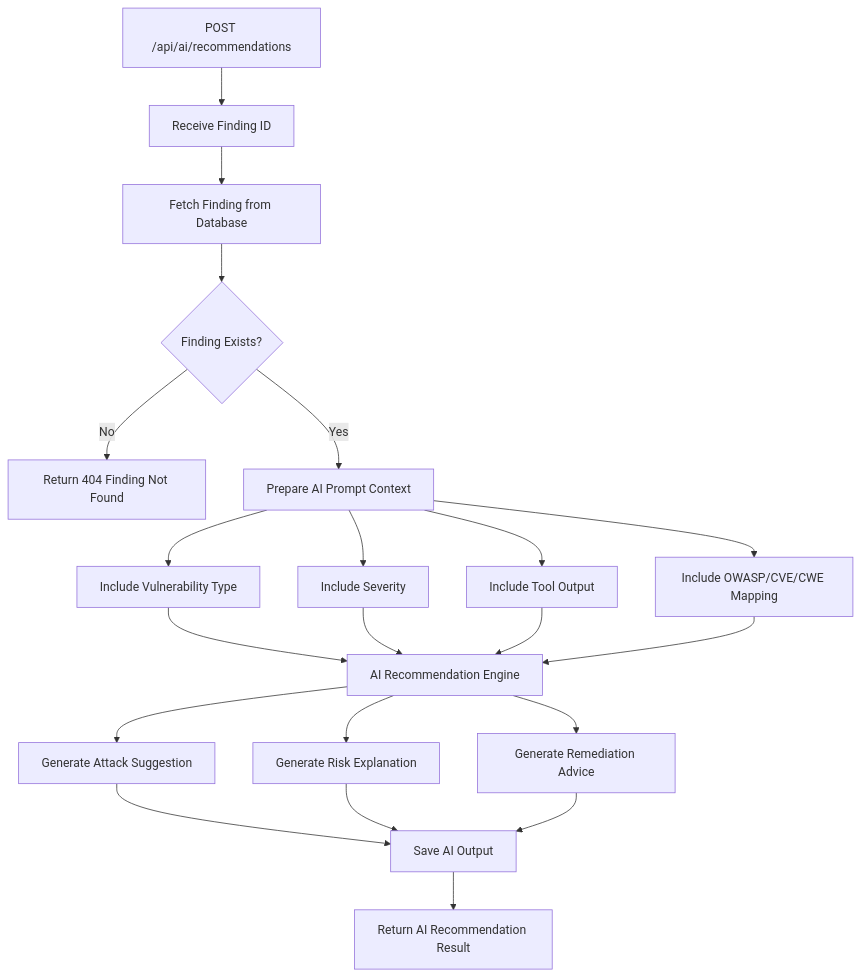
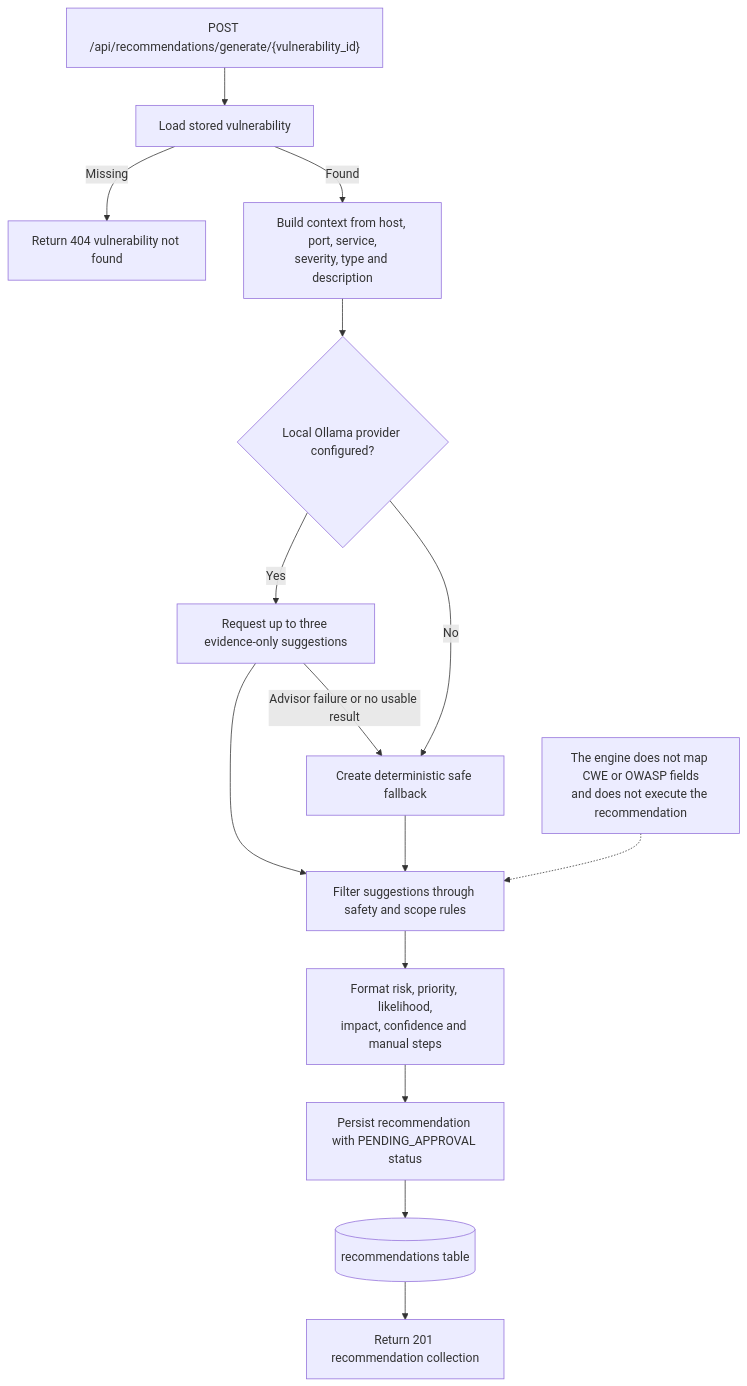
One commit to ChiragMenariyaCJ/AI-Powered-Penetration-Testing-Assist-System changed the diagram in System Architecture Flow Charts/03_API_Flows/AI_Recommendation_API.mmd. Above: the diagram before and after it, drawn with Mermaid. The commit also changed 18 other files, not shown here.

Commit message:
Refactor mermaid code structure for improved readability and maintainability

```diff
--- a/System Architecture Flow Charts/03_API_Flows/AI_Recommendation_API.mmd
+++ b/System Architecture Flow Charts/03_API_Flows/AI_Recommendation_API.mmd
@@ -1,29 +1,19 @@
 flowchart TD
-    A[POST /api/ai/recommendations] --> B[Receive Finding ID]
+    A["POST /api/recommendations/generate/{vulnerability_id}"] --> B[Load stored vulnerability]
+    B -->|Missing| C[Return 404 vulnerability not found]
+    B -->|Found| D[Build context from host, port, service,<br/>severity, type and description]
 
-    B --> C[Fetch Finding from Database]
+    D --> E{Local Ollama provider configured?}
+    E -->|Yes| F[Request up to three evidence-only suggestions]
+    F -->|Advisor failure or no usable result| G[Create deterministic safe fallback]
+    E -->|No| G
 
-    C --> D{Finding Exists?}
+    F --> H[Filter suggestions through safety and scope rules]
+    G --> H
+    H --> I[Format risk, priority, likelihood,<br/>impact, confidence and manual steps]
+    I --> J[Persist recommendation with PENDING_APPROVAL status]
+    J --> K[(recommendations table)]
+    K --> L[Return 201 recommendation collection]
 
-    D -- No --> E[Return 404 Finding Not Found]
-    D -- Yes --> F[Prepare AI Prompt Context]
-
-    F --> G[Include Vulnerability Type]
-    F --> H[Include Severity]
-    F --> I[Include Tool Output]
-    F --> J[Include OWASP/CVE/CWE Mapping]
-
-    G --> K[AI Recommendation Engine]
-    H --> K
-    I --> K
-    J --> K
-
-    K --> L[Generate Attack Suggestion]
-    K --> M[Generate Risk Explanation]
-    K --> N[Generate Remediation Advice]
-
-    L --> O[Save AI Output]
-    M --> O
-    N --> O
-
-    O --> P[Return AI Recommendation Result]
+    NOTE[The engine does not map CWE or OWASP fields<br/>and does not execute the recommendation]
+    NOTE -.-> H
```
